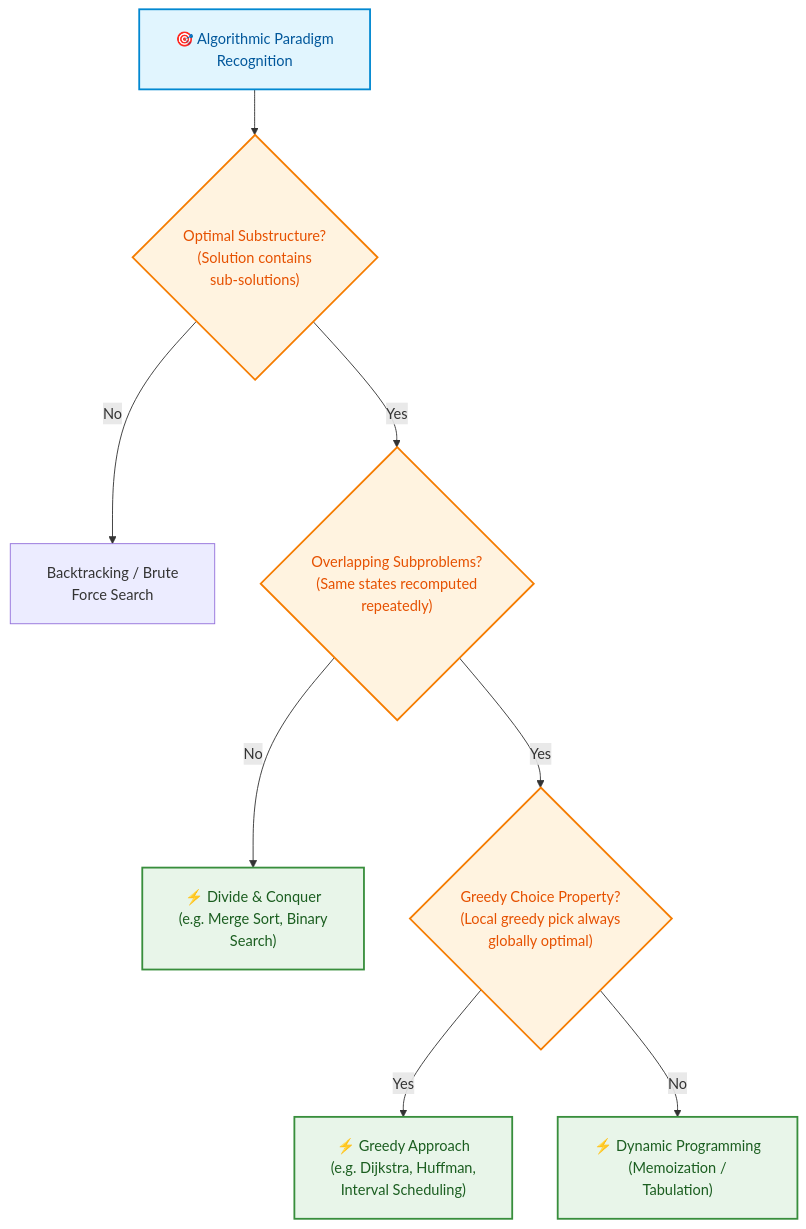
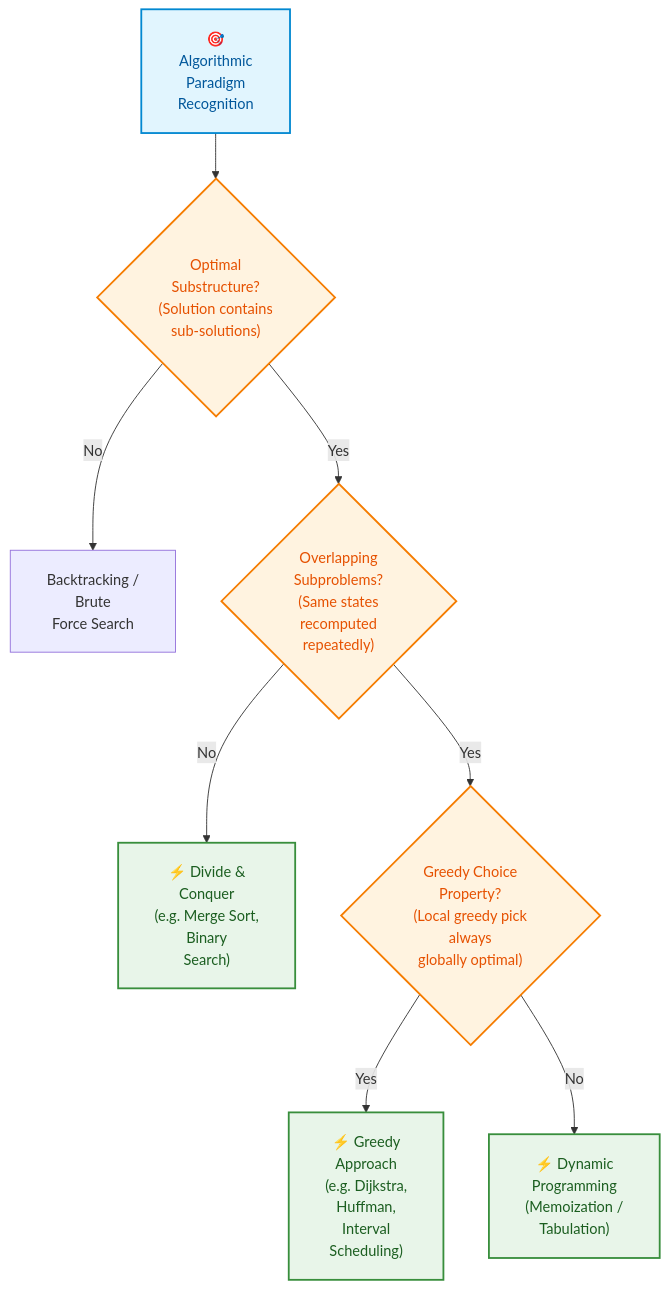
The second of 2 diagrams in week_10_dynamic_programming_i_fundamentals/WEEK_10_FULL_PLAYBOOK.md (dip4k/DSA_102), drawn with Mermaid before and after one commit. The commit also changed other lines of this file and 106 other files, not shown here.

First line of the commit message:
fix(mermaid): prevent text clipping with foreignObject overflow and tighter line wrapping

````diff
--- a/week_10_dynamic_programming_i_fundamentals/WEEK_10_FULL_PLAYBOOK.md
+++ b/week_10_dynamic_programming_i_fundamentals/WEEK_10_FULL_PLAYBOOK.md
@@ -1933,16 +1933,16 @@
 ```mermaid
-%%{init: {"flowchart": {"htmlLabels": true, "padding": 20}}}%%
+%%{init: {"flowchart": {"htmlLabels": true, "padding": 20}, "themeCSS": "foreignObject { overflow: visible !important; }"}}%%
 flowchart TD
     classDef start fill:#e1f5fe,stroke:#0288d1,color:#01579b,stroke-width:2px;
     classDef decision fill:#fff3e0,stroke:#f57c00,color:#e65100,stroke-width:2px;
     classDef algo fill:#e8f5e9,stroke:#388e3c,color:#1b5e20,stroke-width:2px;
 
-    R["🎯 Algorithmic Paradigm<br/>Recognition"]:::start
-    R --> D1{"Optimal Substructure?<br/>(Solution contains<br/>sub-solutions)"}:::decision
-    D1 -->|No| Other["Backtracking / Brute<br/>Force Search"]
-    D1 -->|Yes| D2{"Overlapping Subproblems?<br/>(Same states recomputed<br/>repeatedly)"}:::decision
-    D2 -->|No| DC["⚡ Divide & Conquer<br/>(e.g. Merge Sort, Binary<br/>Search)"]:::algo
-    D2 -->|Yes| D3{"Greedy Choice Property?<br/>(Local greedy pick always<br/>globally optimal)"}:::decision
-    D3 -->|Yes| GR["⚡ Greedy Approach<br/>(e.g. Dijkstra, Huffman,<br/>Interval Scheduling)"]:::algo
-    D3 -->|No| DP["⚡ Dynamic Programming<br/>(Memoization /<br/>Tabulation)"]:::algo
+    R["🎯<br/>Algorithmic<br/>Paradigm<br/>Recognition"]:::start
+    R --> D1{"Optimal<br/>Substructure?<br/>(Solution contains<br/>sub-solutions)"}:::decision
+    D1 -->|No| Other["Backtracking /<br/>Brute<br/>Force Search"]
+    D1 -->|Yes| D2{"Overlapping<br/>Subproblems?<br/>(Same states<br/>recomputed<br/>repeatedly)"}:::decision
+    D2 -->|No| DC["⚡ Divide &<br/>Conquer<br/>(e.g. Merge Sort,<br/>Binary<br/>Search)"]:::algo
+    D2 -->|Yes| D3{"Greedy Choice<br/>Property?<br/>(Local greedy pick<br/>always<br/>globally optimal)"}:::decision
+    D3 -->|Yes| GR["⚡ Greedy<br/>Approach<br/>(e.g. Dijkstra,<br/>Huffman,<br/>Interval<br/>Scheduling)"]:::algo
+    D3 -->|No| DP["⚡ Dynamic<br/>Programming<br/>(Memoization /<br/>Tabulation)"]:::algo
 ```
````
